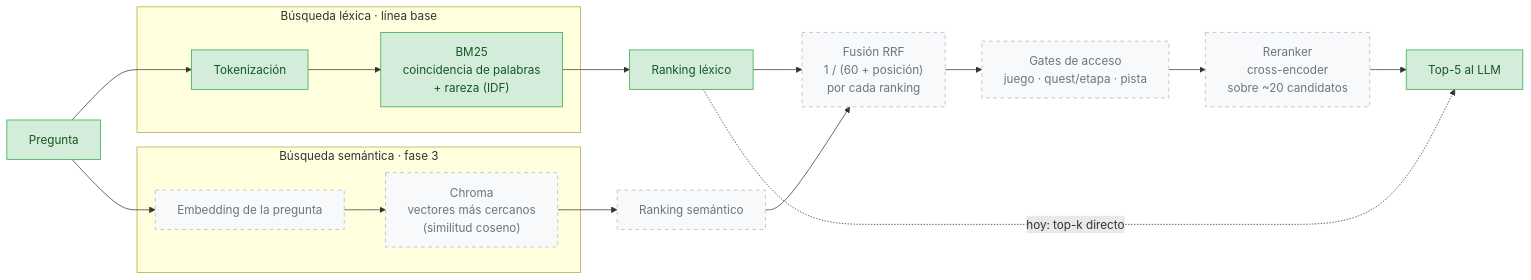
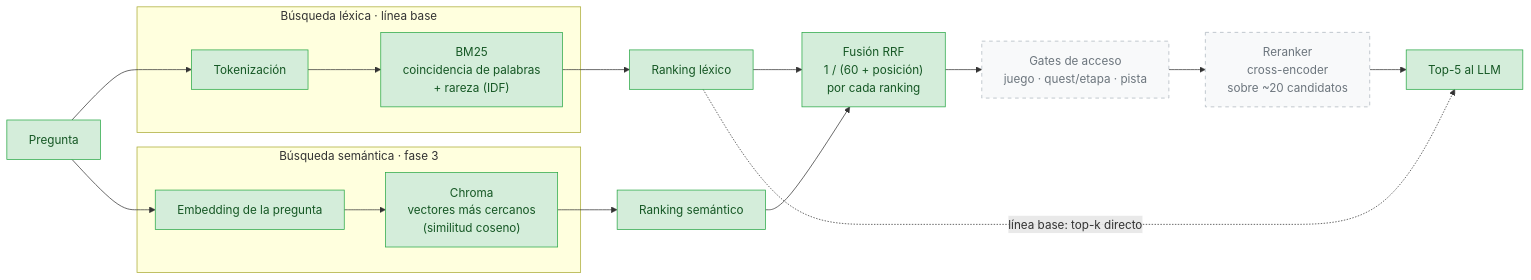
One commit to SergioAle210/NLP-SemanticLit changed the diagram in docs/retrieval/README.md. Above: the diagram before and after it, drawn with Mermaid. The commit also changed other lines of this file and 18 other files, not shown here.

````diff
--- a/docs/retrieval/README.md
+++ b/docs/retrieval/README.md
@@ -12,29 +13,29 @@
 ```mermaid
 flowchart LR
     Q["Pregunta"] --> T["Tokenización"]
     Q --> E["Embedding de la pregunta"]
 
     subgraph LEX["Búsqueda léxica · línea base"]
         T --> B["BM25<br/>coincidencia de palabras<br/>+ rareza (IDF)"]
     end
 
     subgraph SEM["Búsqueda semántica · fase 3"]
         E --> V["Chroma<br/>vectores más cercanos<br/>(similitud coseno)"]
     end
 
     B --> RA["Ranking léxico"]
     V --> RB["Ranking semántico"]
 
     RA --> F["Fusión RRF<br/>1 / (60 + posición)<br/>por cada ranking"]
     RB --> F
     F --> GT["Gates de acceso<br/>juego · quest/etapa · pista"]
     GT --> RR["Reranker<br/>cross-encoder<br/>sobre ~20 candidatos"]
     RR --> K["Top-5 al LLM"]
 
-    RA -.->|hoy: top-k directo| K
+    RA -.->|línea base: top-k directo| K
 
     classDef done fill:#d4edda,stroke:#28a745,color:#155724
     classDef pending fill:#f8f9fa,stroke:#adb5bd,color:#6c757d,stroke-dasharray: 5 5
-    class Q,T,B,RA,K done
-    class E,V,RB,F,GT,RR pending
+    class Q,T,B,RA,K,E,V,RB,F done
+    class GT,RR pending
 ```
````
